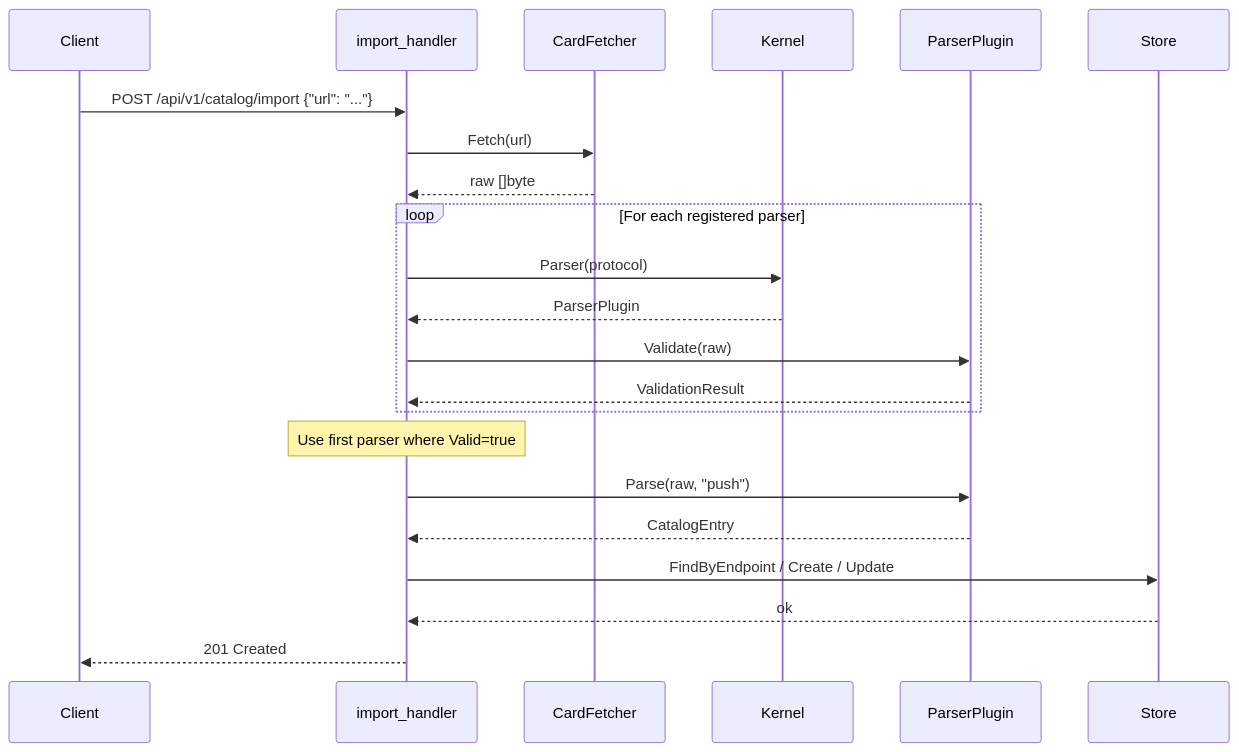
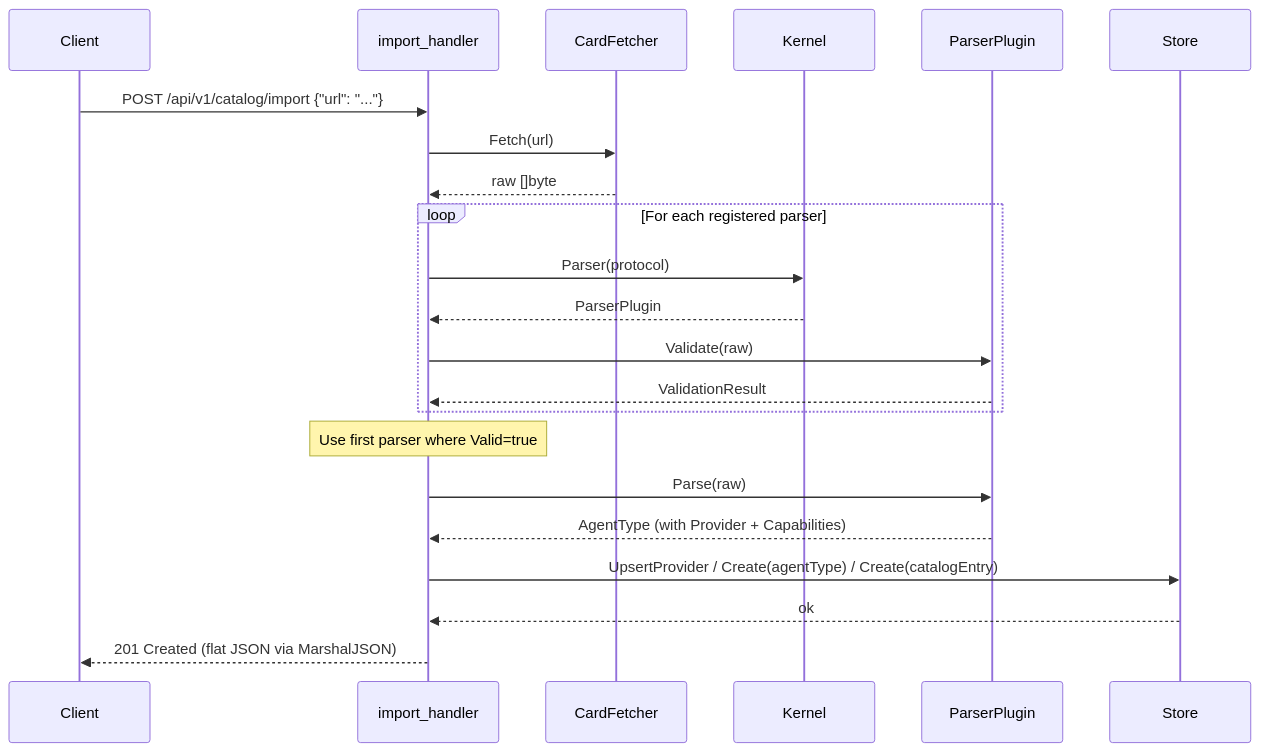
Before and after one commit to PawelHaracz/Agentlens: the fifth of 8 diagrams in docs/architecture.md, drawn with Mermaid. The commit also changed other lines of this file and 7 other files, not shown here.

````diff
--- a/docs/architecture.md
+++ b/docs/architecture.md
@@ -189,25 +241,25 @@
 ```mermaid
 sequenceDiagram
     participant C as Client
     participant H as import_handler
     participant CF as CardFetcher
     participant K as Kernel
     participant P as ParserPlugin
     participant ST as Store
 
     C->>H: POST /api/v1/catalog/import {"url": "..."}
     H->>CF: Fetch(url)
     CF-->>H: raw []byte
     loop For each registered parser
         H->>K: Parser(protocol)
         K-->>H: ParserPlugin
         H->>P: Validate(raw)
         P-->>H: ValidationResult
     end
     Note over H: Use first parser where Valid=true
-    H->>P: Parse(raw, "push")
-    P-->>H: CatalogEntry
-    H->>ST: FindByEndpoint / Create / Update
+    H->>P: Parse(raw)
+    P-->>H: AgentType (with Provider + Capabilities)
+    H->>ST: UpsertProvider / Create(agentType) / Create(catalogEntry)
     ST-->>H: ok
-    H-->>C: 201 Created
+    H-->>C: 201 Created (flat JSON via MarshalJSON)
 ```
````
